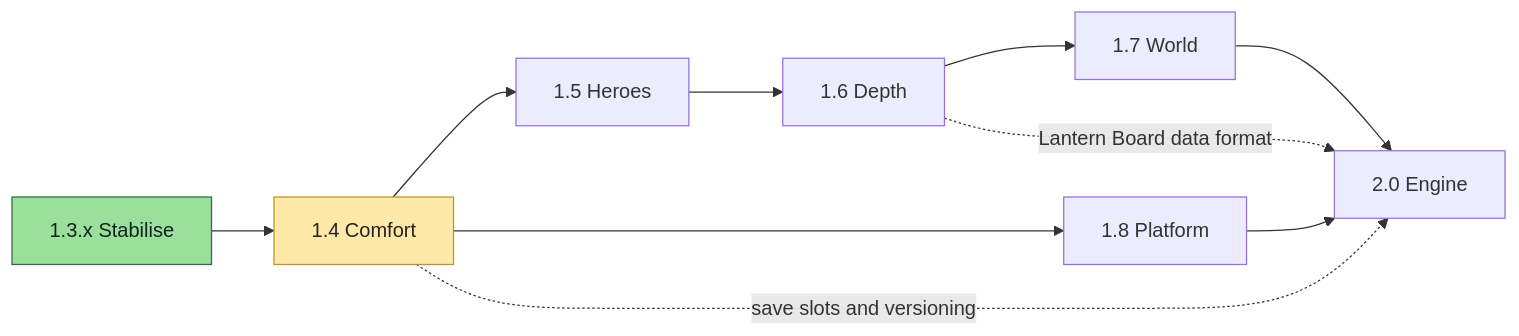
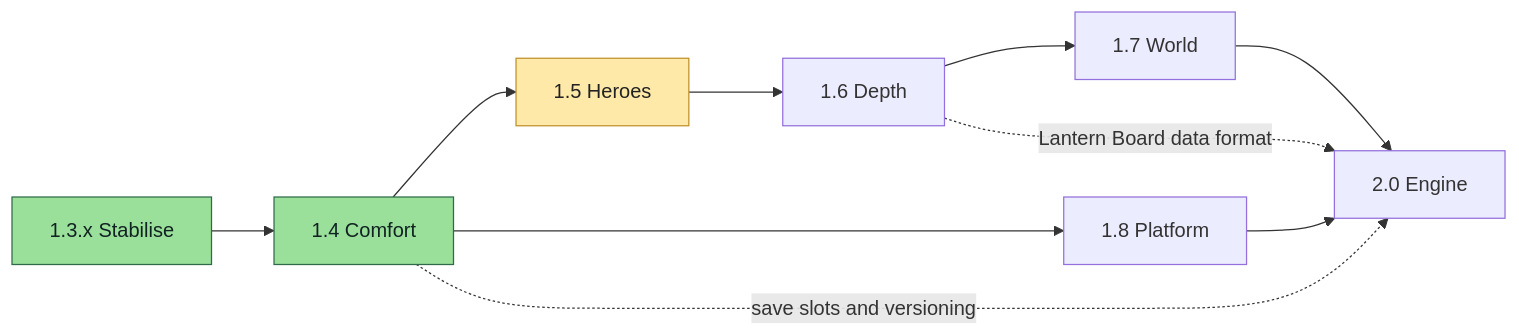
Before and after one commit to CptNope/Laternfall: the fourth of 11 diagrams in ROADMAP.md, drawn with Mermaid. The commit also changed other lines of this file and 26 other files, not shown here.

````diff
--- a/ROADMAP.md
+++ b/ROADMAP.md
@@ -124,16 +124,16 @@
 ```mermaid
 flowchart LR
     S[1.3.x Stabilise] --> C[1.4 Comfort]
     C --> H[1.5 Heroes]
     H --> D[1.6 Depth]
     D --> W[1.7 World]
     C --> P[1.8 Platform]
     W --> E[2.0 Engine]
     P --> E
     C -. save slots and versioning .-> E
     D -. Lantern Board data format .-> E
     classDef now fill:#ffe9a8,stroke:#c0902a,color:#222
     classDef done fill:#9adf9a,stroke:#2f6b4a,color:#122
-    class S done
-    class C now
+    class S,C done
+    class H now
 ```
````
